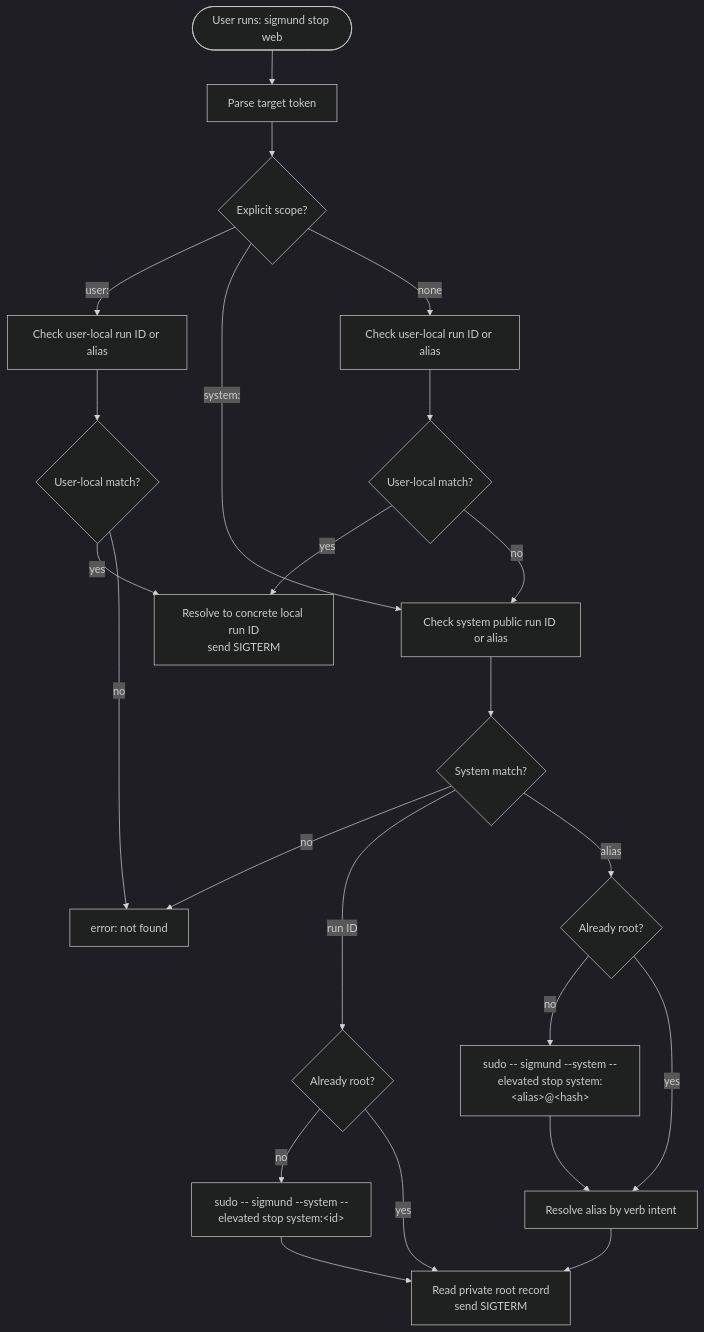
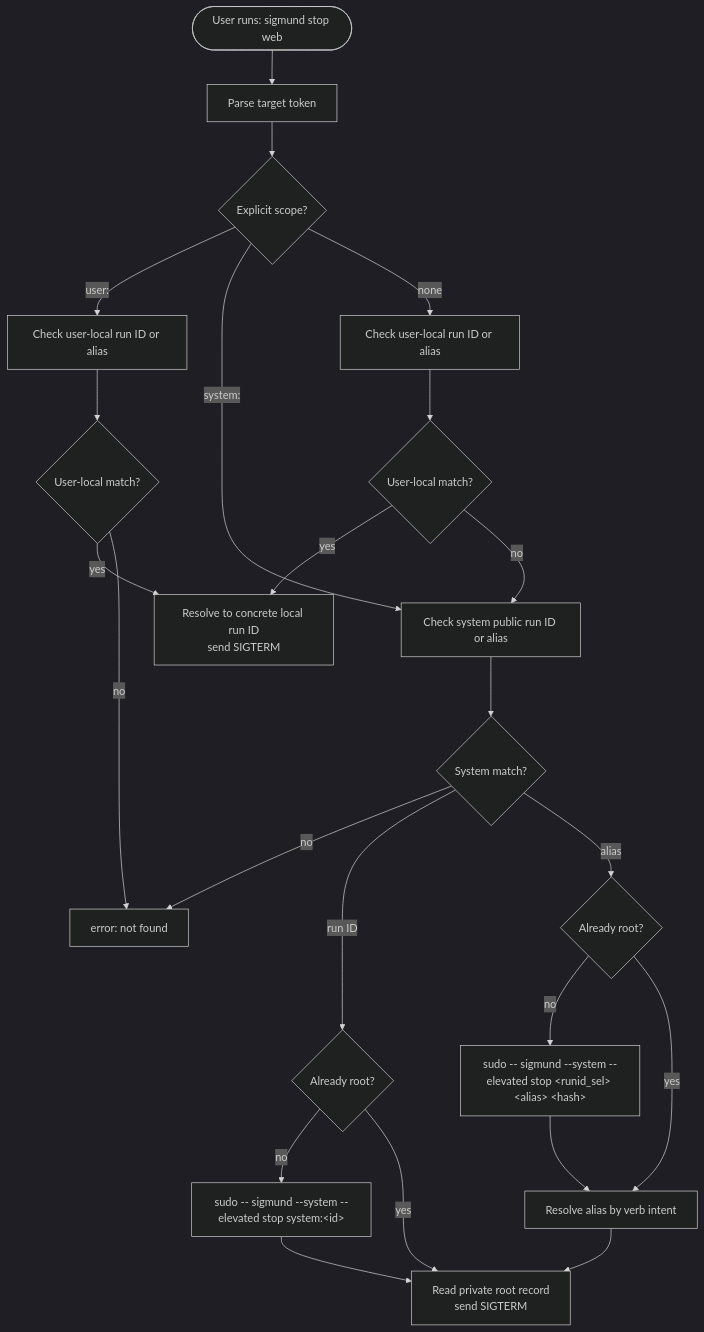
The third of 4 diagrams in README.md (RchGrav/onhold), drawn with Mermaid (dark theme) before and after one commit. The commit also changed other lines of this file and 4 other files, not shown here.

````diff
--- a/README.md
+++ b/README.md
@@ -351,30 +353,30 @@
 ```mermaid
 flowchart TD
     Start(["User runs: sigmund stop web"]) --> Parse["Parse target token"]
     Parse --> Scope{"Explicit scope?"}
 
     Scope -->|"user:"| UserOnly["Check user-local run ID or alias"]
     Scope -->|"system:"| SystemOnly["Check system public run ID or alias"]
     Scope -->|"none"| LocalFirst["Check user-local run ID or alias"]
 
     LocalFirst --> LocalFound{"User-local match?"}
     LocalFound -->|"yes"| LocalExec["Resolve to concrete local run ID<br/>send SIGTERM"]
     LocalFound -->|"no"| SystemOnly
 
     UserOnly --> UserFound{"User-local match?"}
     UserFound -->|"yes"| LocalExec
     UserFound -->|"no"| NotFound["error: not found"]
 
     SystemOnly --> SystemFound{"System match?"}
     SystemFound -->|"no"| NotFound
     SystemFound -->|"run ID"| NeedRootID{"Already root?"}
     SystemFound -->|"alias"| NeedRootAlias{"Already root?"}
 
     NeedRootID -->|"no"| SudoID["sudo -- sigmund --system --elevated stop system:&lt;id&gt;"]
-    NeedRootAlias -->|"no"| SudoAlias["sudo -- sigmund --system --elevated stop system:&lt;alias&gt;@&lt;hash&gt;"]
+    NeedRootAlias -->|"no"| SudoAlias["sudo -- sigmund --system --elevated stop &lt;runid_sel&gt; &lt;alias&gt; &lt;hash&gt;"]
     NeedRootID -->|"yes"| RootExec["Read private root record<br/>send SIGTERM"]
     NeedRootAlias -->|"yes"| RootResolve["Resolve alias by verb intent"]
     RootResolve --> RootExec
     SudoID --> RootExec
     SudoAlias --> RootResolve
 ```
````
